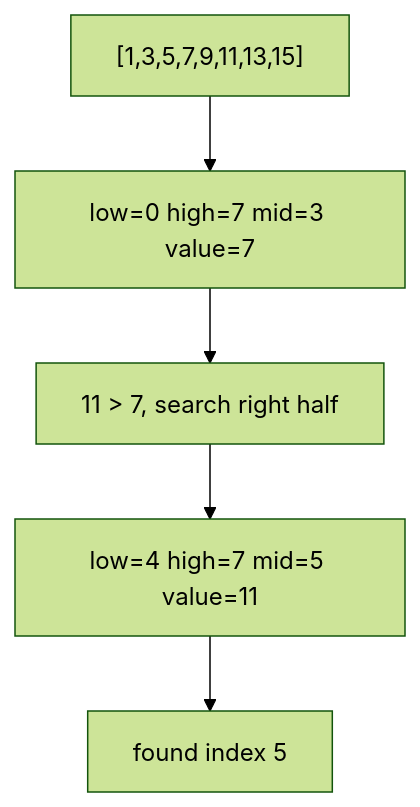
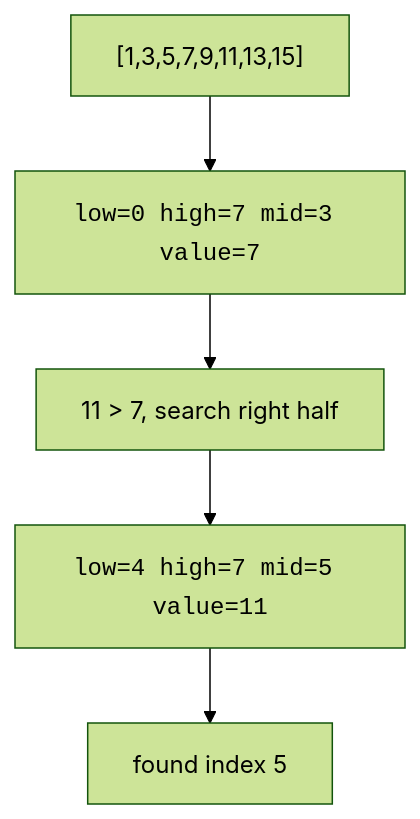
One commit to dataslope/dataslope changed the diagram in content/learn/mastering-dsa-cpp/searching.mdx. Above: the diagram before and after it, drawn with Mermaid (forest theme). The commit also changed 100 other files, not shown here.

First line of the commit message:
Wrap more code in diagram labels: filenames, hex, assignments, subgraph titles

````diff
--- a/content/learn/mastering-dsa-cpp/searching.mdx
+++ b/content/learn/mastering-dsa-cpp/searching.mdx
@@ -38,7 +38,7 @@
 ```mermaid
 flowchart TD
-    A["[1,3,5,7,9,11,13,15]"] --> B["low=0 high=7 mid=3 value=7"]
+    A["[1,3,5,7,9,11,13,15]"] --> B["<code>low=0 high=7 mid=3 value=7</code>"]
     B --> C["11 > 7, search right half"]
-    C --> D["low=4 high=7 mid=5 value=11"]
+    C --> D["<code>low=4 high=7 mid=5 value=11</code>"]
     D --> E["found index 5"]
 ```
````
